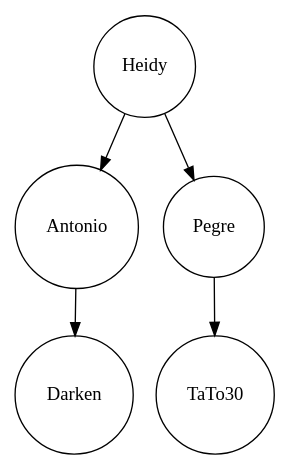
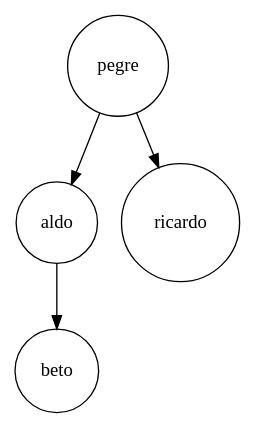
One commit to TaTo30/EDD20S1-201800585 changed the diagram in Proyecto1/Dot/Jugadores.dot. Above: the diagram before and after it, drawn with Graphviz. The commit also changed 17 other files, not shown here.

```diff
--- a/Proyecto1/Dot/Jugadores.dot
+++ b/Proyecto1/Dot/Jugadores.dot
@@ -1,6 +1,5 @@
-digraph g{ node [shape = circle];Heidy;
-Heidy->Antonio;
-Heidy->Pegre;
-Antonio->Darken;
-Pegre->TaTo30;
+digraph g{ node [shape = circle];pegre;
+pegre->aldo;
+pegre->ricardo;
+aldo->beto;
 }
```
